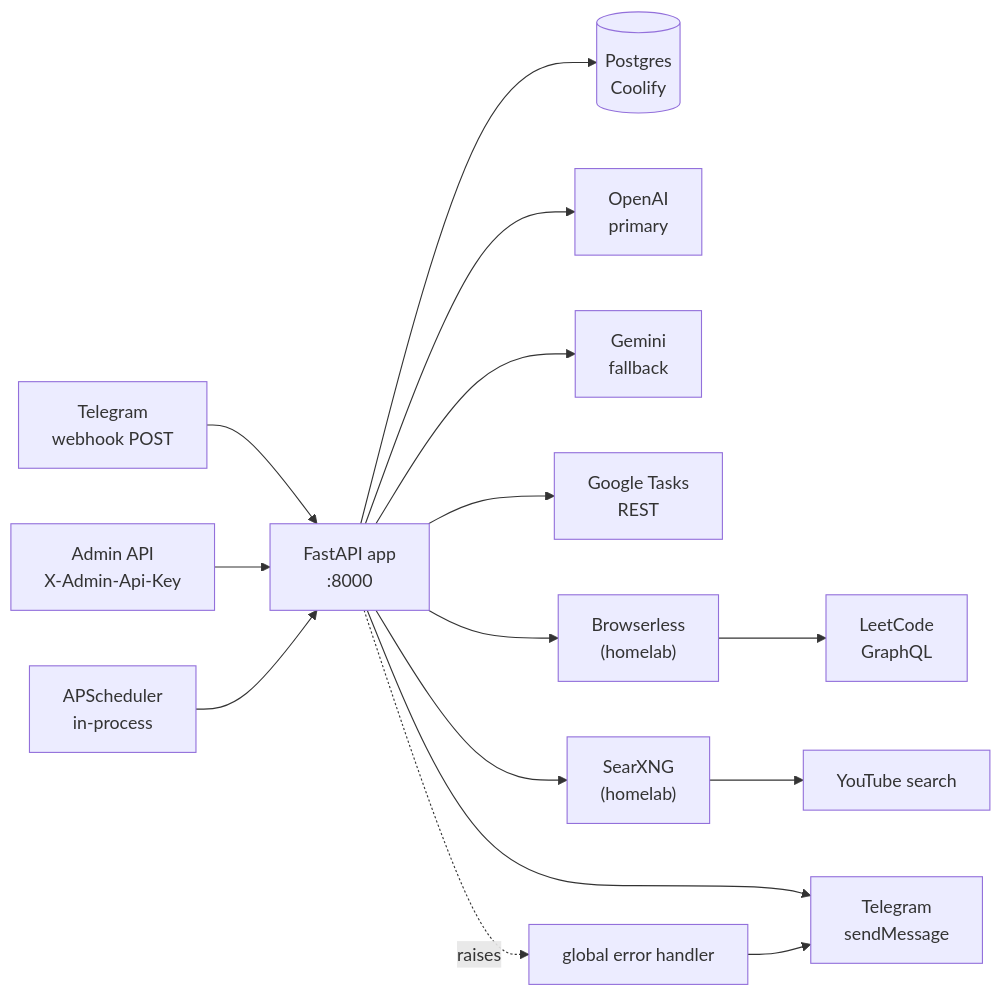
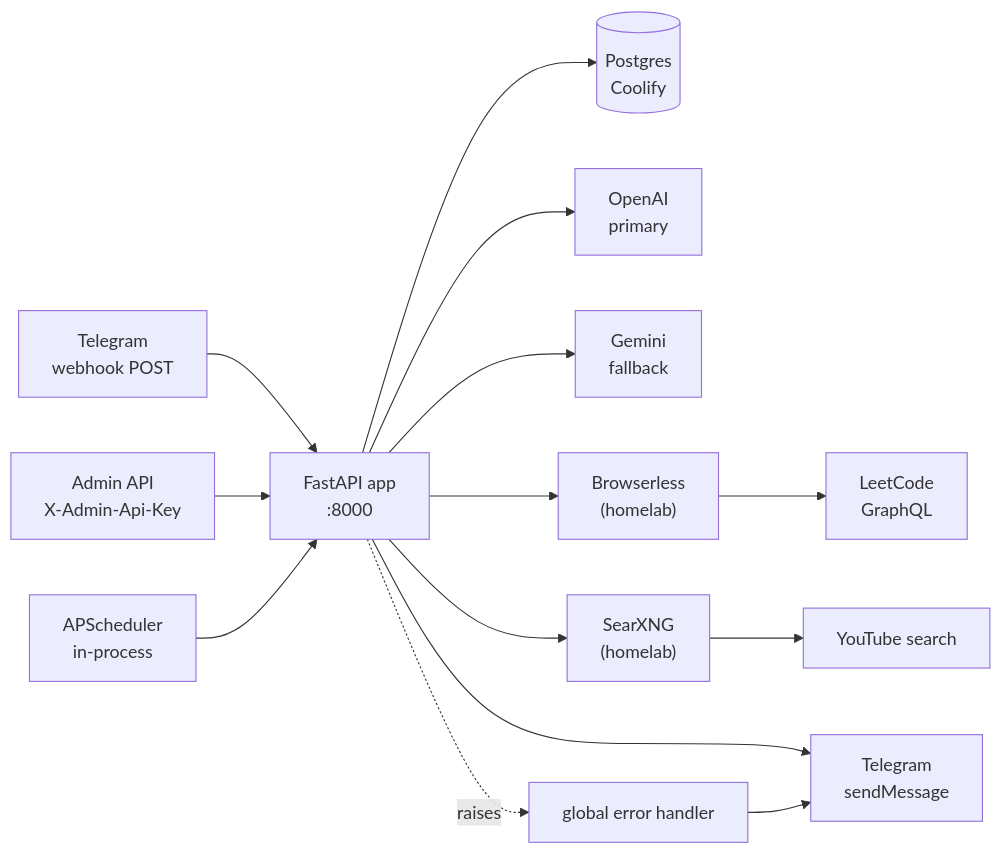
The diagram in docs/architecture.md (DurdeuVlad/leetcode-coach-service), drawn with Mermaid before and after one commit. The commit also changed other lines of this file and 41 other files, not shown here.

First line of the commit message:
feat: cut google tasks, html propose card, /health/deep, configurable LLM models

````diff
--- a/docs/architecture.md
+++ b/docs/architecture.md
@@ -110,15 +107,14 @@
 ```mermaid
 flowchart LR
     TG["Telegram<br/>webhook POST"] --> APP["FastAPI app<br/>:8000"]
     ADM["Admin API<br/>X-Admin-Api-Key"] --> APP
     SCH["APScheduler<br/>in-process"] --> APP
     APP --> DB[("Postgres<br/>Coolify")]
     APP --> LLM["OpenAI<br/>primary"]
     APP --> LLMF["Gemini<br/>fallback"]
-    APP --> GT["Google Tasks<br/>REST"]
     APP --> BL["Browserless<br/>(homelab)"] --> LC["LeetCode<br/>GraphQL"]
     APP --> SX["SearXNG<br/>(homelab)"] --> YT["YouTube search"]
     APP --> TG_OUT["Telegram<br/>sendMessage"]
     ERR["global error handler"] --> TG_OUT
     APP -.raises.-> ERR
 ```
````
